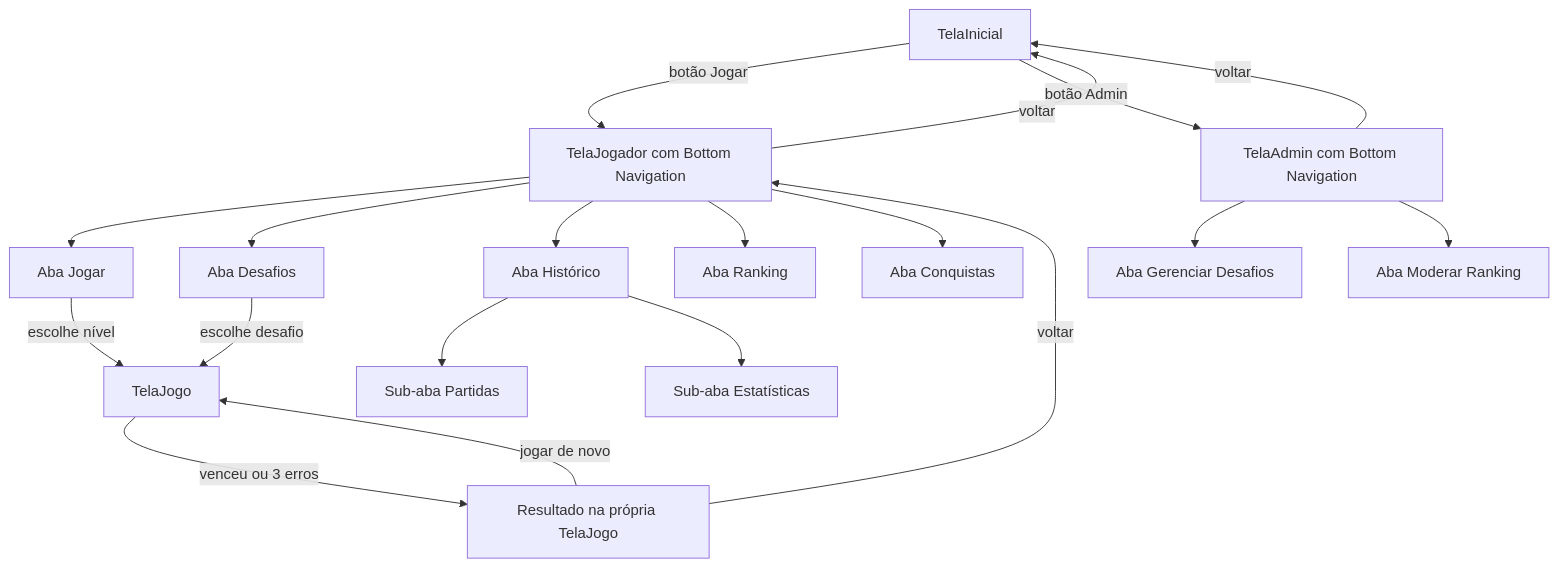
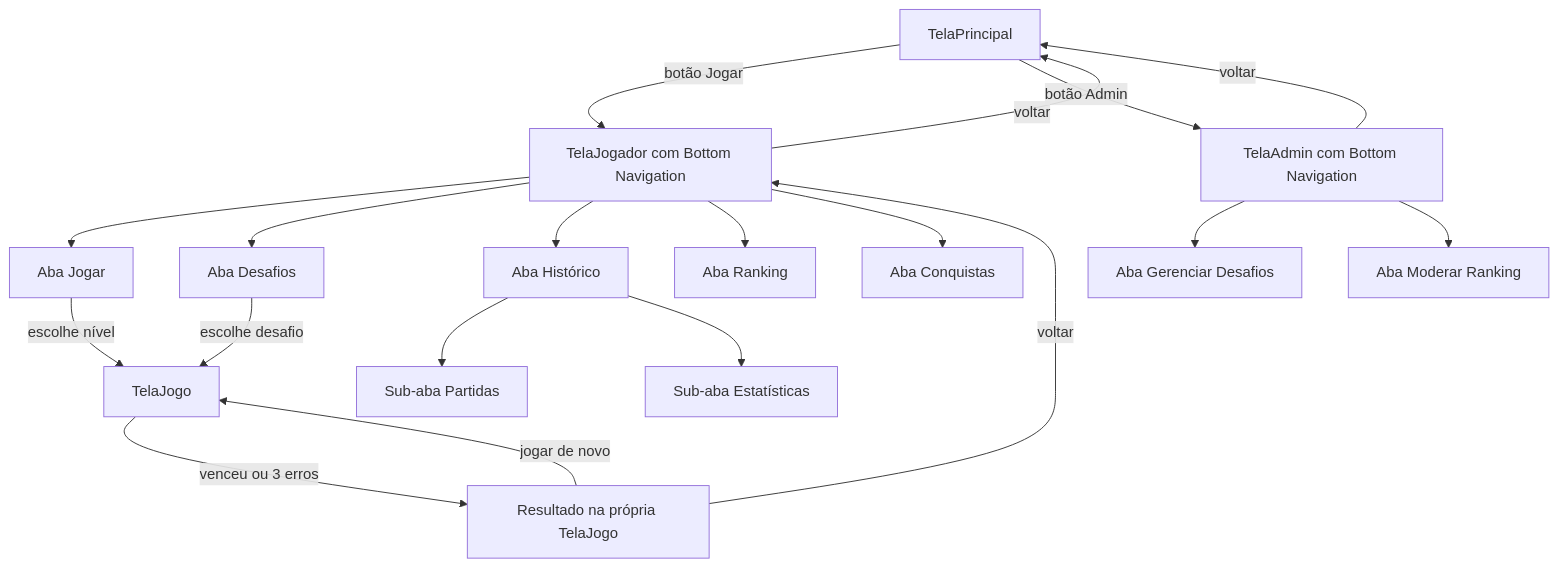
The diagram in PLANO-DO-PROJETO.md (mvitorluna/sudoku-kotlin), drawn with Mermaid before and after one commit. The commit also changed other lines of this file and 63 other files, not shown here.

````diff
--- a/PLANO-DO-PROJETO.md
+++ b/PLANO-DO-PROJETO.md
@@ -104,25 +104,25 @@
 ```mermaid
 flowchart TD
-    I[TelaInicial] -->|botão Jogar| J[TelaJogador com Bottom Navigation]
+    I[TelaPrincipal] -->|botão Jogar| J[TelaJogador com Bottom Navigation]
     I -->|botão Admin| A[TelaAdmin com Bottom Navigation]
 
     J --> AJ[Aba Jogar]
     J --> AD[Aba Desafios]
     J --> AH[Aba Histórico]
     J --> AR[Aba Ranking]
     J --> AC[Aba Conquistas]
 
     AH --> AHP[Sub-aba Partidas]
     AH --> AHE[Sub-aba Estatísticas]
 
     AJ -->|escolhe nível| G[TelaJogo]
     AD -->|escolhe desafio| G
     G -->|venceu ou 3 erros| R[Resultado na própria TelaJogo]
     R -->|jogar de novo| G
     R -->|voltar| J
 
     A --> AAD[Aba Gerenciar Desafios]
     A --> AAR[Aba Moderar Ranking]
     A -->|voltar| I
     J -->|voltar| I
 ```
````
